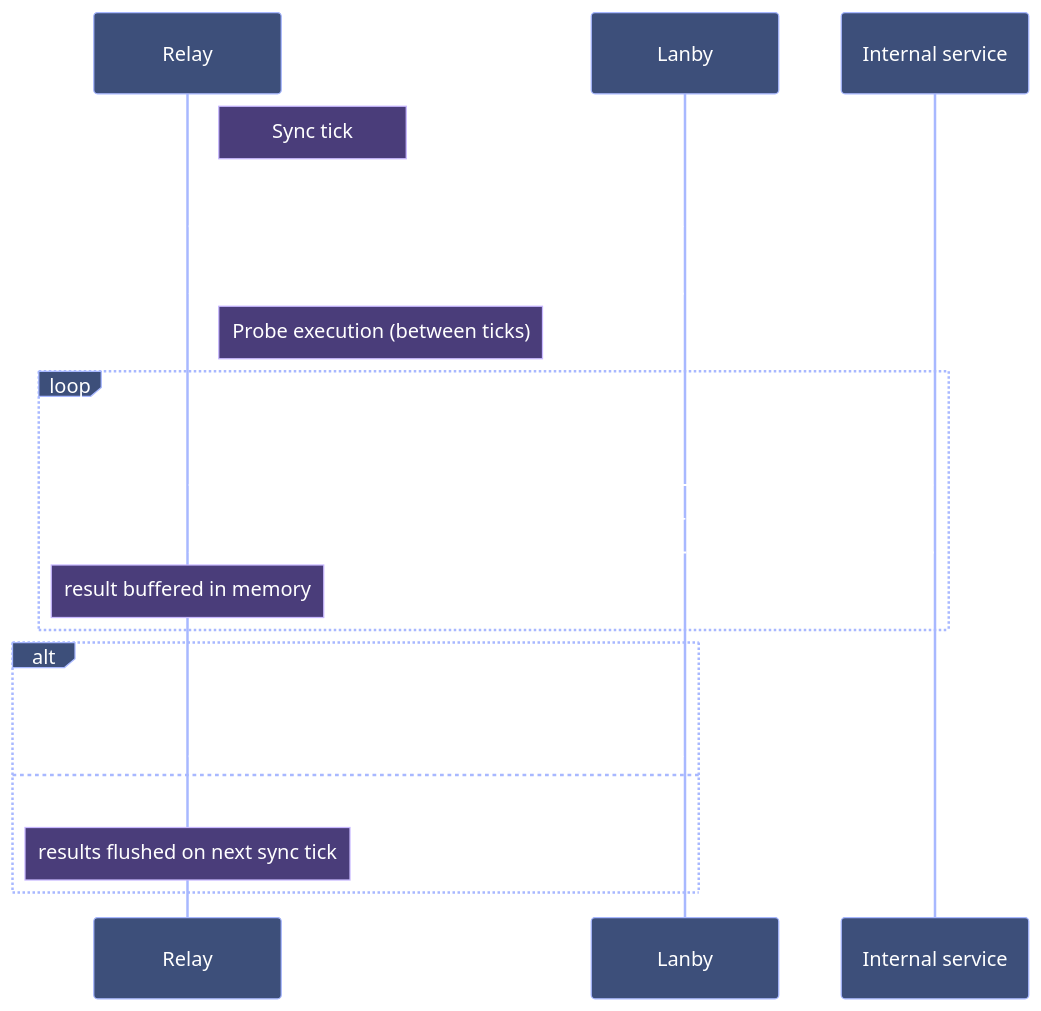
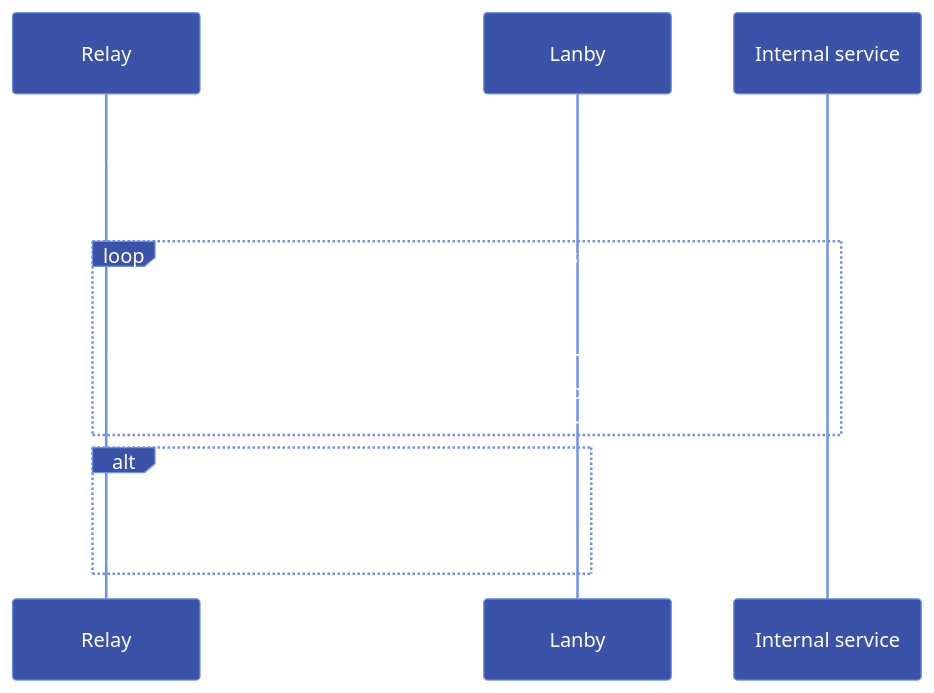
The second of 2 diagrams in docs/relays.md (lanby-dev/lanby-docs), drawn with Mermaid before and after one commit. The commit also changed other lines of this file and 2 other files, not shown here.

````diff
--- a/docs/relays.md
+++ b/docs/relays.md
@@ -15,43 +48,19 @@
 ```mermaid
-%%{init: {'theme':'base', 'themeVariables': {
-  'background': '#1a1a2e',
-  'primaryColor': '#3d4f7a',
-  'primaryBorderColor': '#a8b8ff',
-  'primaryTextColor': '#ffffff',
-  'lineColor': '#ffffff',
-  'signalColor': '#ffffff',
-  'signalTextColor': '#ffffff',
-  'actorBorder': '#a8b8ff',
-  'actorBkg': '#3d4f7a',
-  'actorTextColor': '#ffffff',
-  'actorLineColor': '#a8b8ff',
-  'noteBkgColor': '#4a3d7a',
-  'noteBorderColor': '#c8b8ff',
-  'noteTextColor': '#ffffff',
-  'labelTextColor': '#ffffff',
-  'loopTextColor': '#ffffff',
-  'activationBorderColor': '#a8b8ff',
-  'activationBkgColor': '#3d4f7a'
-}}}%%
+%%{init:{'theme':'base','themeVariables':{'primaryColor':'#3a52a8','primaryBorderColor':'#7090ee','primaryTextColor':'#fff','edgeLabelBackground':'#1a1a2e','lineColor':'#7090ee'}}}%%
 sequenceDiagram
     participant R as Relay
     participant L as Lanby
     participant S as Internal service
 
-    note right of R: Sync tick
-    R->>L: POST /sync (version, etag, buffered results)
-    L-->>R: updated probe config (or 304 if unchanged)
+    R->>L: POST /sync — version, buffered results
+    L-->>R: updated probe config (304 if unchanged)
 
-    note right of R: Probe execution (between ticks)
     loop for each probe that is due
-        R->>S: run probe
+        R->>S: probe
         S-->>R: response / timeout / error
-        note over R: result buffered in memory
     end
 
-    alt any probe failed
+    alt probe failed
         R->>L: POST /sync (flush immediately)
-    else all probes passed
-        note over R: results flushed on next sync tick
     end
 ```
````
